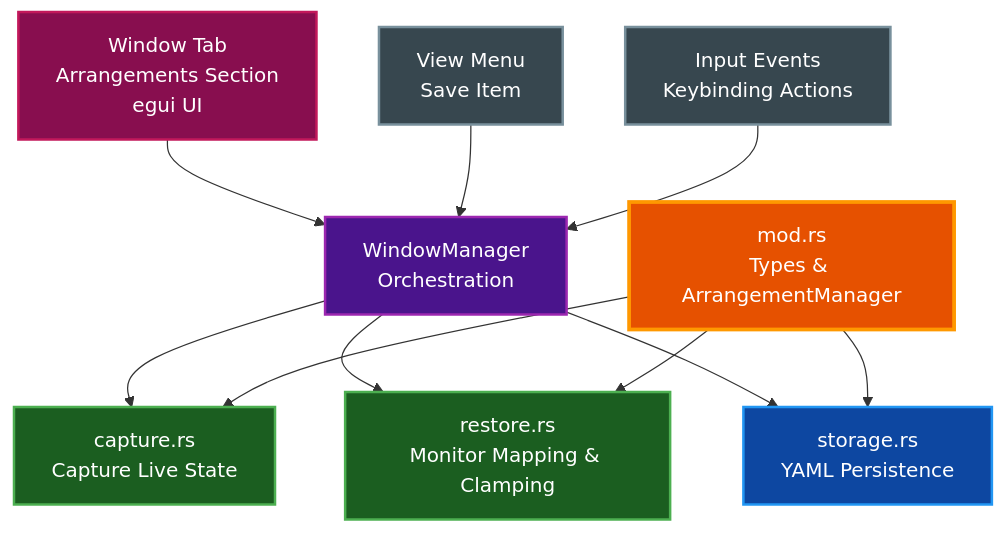
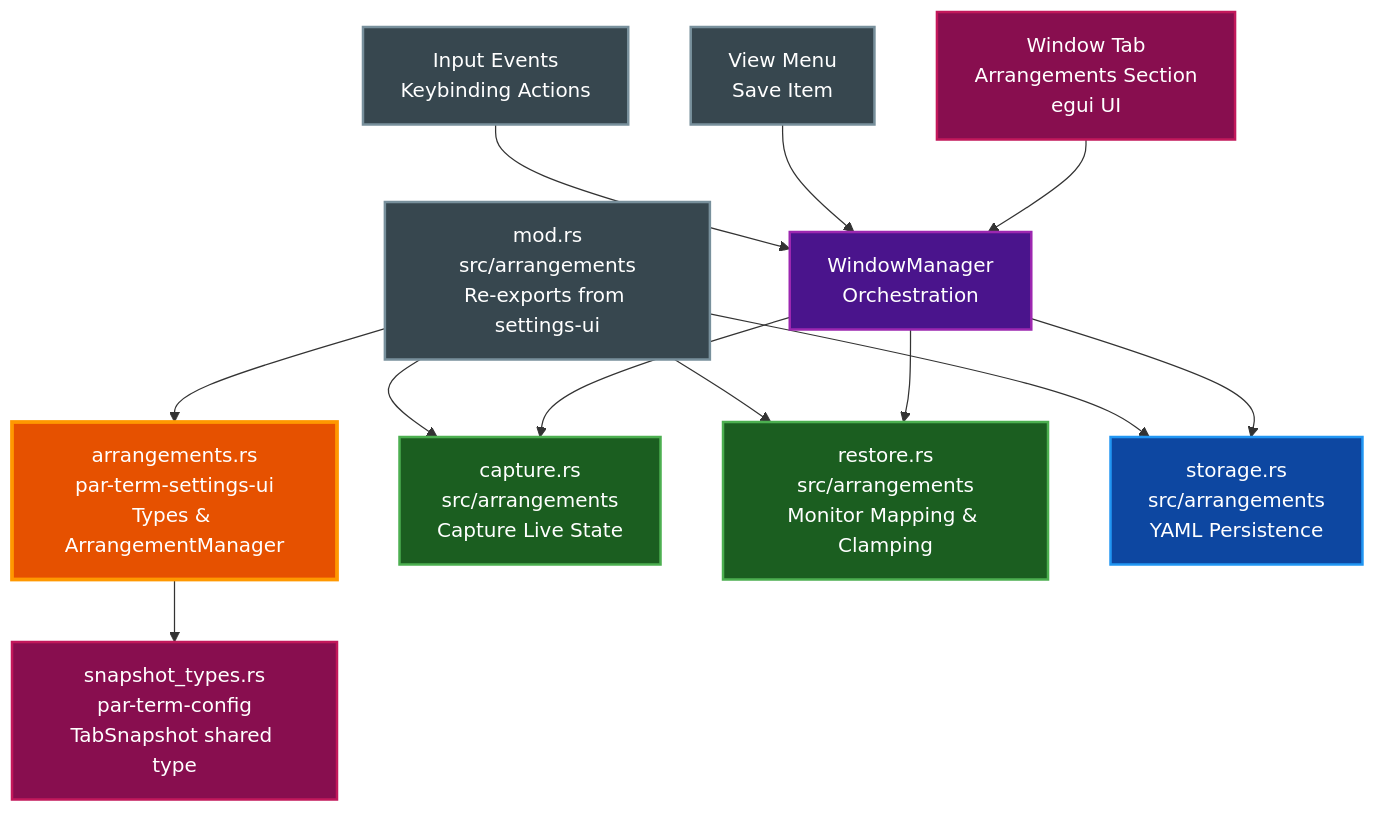
The third of 3 diagrams in docs/ARRANGEMENTS.md (paulrobello/par-term), drawn with Mermaid before and after one commit. The commit also changed other lines of this file and 38 other files, not shown here.

````diff
--- a/docs/ARRANGEMENTS.md
+++ b/docs/ARRANGEMENTS.md
@@ -293,30 +295,36 @@
 ```mermaid
 graph TD
-    Mod[mod.rs<br/>Types & ArrangementManager]
-    Capture[capture.rs<br/>Capture Live State]
-    Restore[restore.rs<br/>Monitor Mapping & Clamping]
-    Storage[storage.rs<br/>YAML Persistence]
+    SettingsUIArr[arrangements.rs<br/>par-term-settings-ui<br/>Types & ArrangementManager]
+    ConfigSnapshot[snapshot_types.rs<br/>par-term-config<br/>TabSnapshot shared type]
+    Capture[capture.rs<br/>src/arrangements<br/>Capture Live State]
+    Restore[restore.rs<br/>src/arrangements<br/>Monitor Mapping & Clamping]
+    Storage[storage.rs<br/>src/arrangements<br/>YAML Persistence]
+    Mod[mod.rs<br/>src/arrangements<br/>Re-exports from settings-ui]
     WinMgr[WindowManager<br/>Orchestration]
     SettingsUI[Window Tab<br/>Arrangements Section<br/>egui UI]
     Menu[View Menu<br/>Save Item]
     Input[Input Events<br/>Keybinding Actions]
 
     WinMgr --> Capture
     WinMgr --> Restore
     WinMgr --> Storage
     SettingsUI --> WinMgr
     Menu --> WinMgr
     Input --> WinMgr
     Mod --> Capture
     Mod --> Restore
     Mod --> Storage
+    SettingsUIArr --> ConfigSnapshot
+    Mod --> SettingsUIArr
 
-    style Mod fill:#e65100,stroke:#ff9800,stroke-width:3px,color:#ffffff
+    style SettingsUIArr fill:#e65100,stroke:#ff9800,stroke-width:3px,color:#ffffff
+    style ConfigSnapshot fill:#880e4f,stroke:#c2185b,stroke-width:2px,color:#ffffff
     style Capture fill:#1b5e20,stroke:#4caf50,stroke-width:2px,color:#ffffff
     style Restore fill:#1b5e20,stroke:#4caf50,stroke-width:2px,color:#ffffff
     style Storage fill:#0d47a1,stroke:#2196f3,stroke-width:2px,color:#ffffff
+    style Mod fill:#37474f,stroke:#78909c,stroke-width:2px,color:#ffffff
     style WinMgr fill:#4a148c,stroke:#9c27b0,stroke-width:2px,color:#ffffff
     style SettingsUI fill:#880e4f,stroke:#c2185b,stroke-width:2px,color:#ffffff
     style Menu fill:#37474f,stroke:#78909c,stroke-width:2px,color:#ffffff
     style Input fill:#37474f,stroke:#78909c,stroke-width:2px,color:#ffffff
 ```
````
